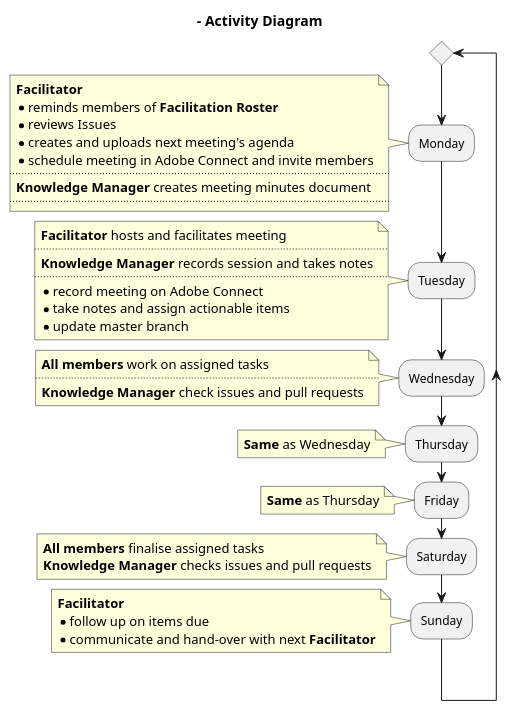
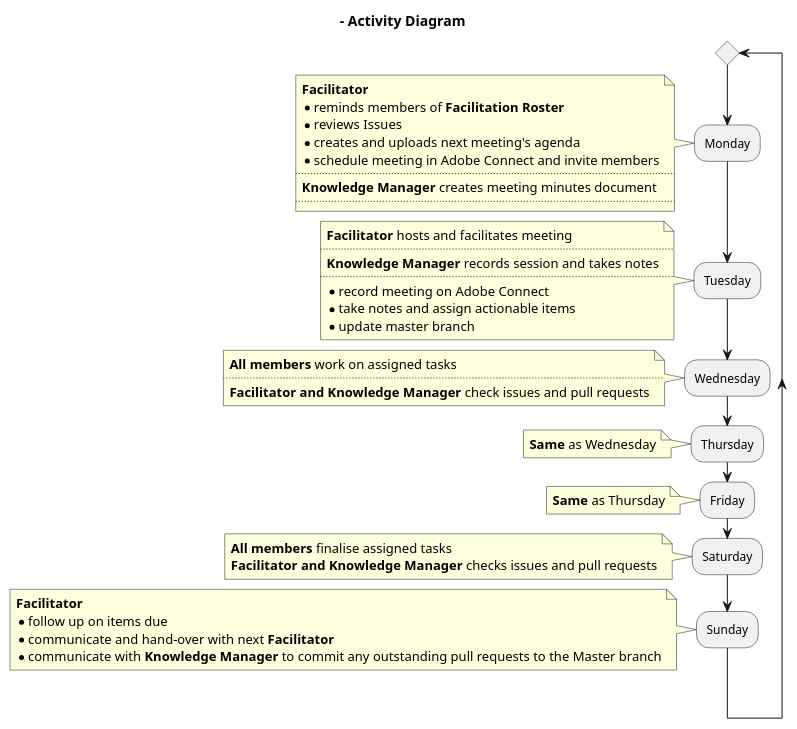
The diagram in Processes.md (ech08ravo/2019C), drawn with PlantUML before and after one commit. The commit also changed other lines of this file, not shown here.

Commit message:
Updated Processes
Updated Knowledge Manager's role in weekly workflow

```diff
--- a/Processes.md
+++ b/Processes.md
@@ -9,62 +9,63 @@
 @startuml
 
 title  - Activity Diagram 
 
 repeat
 
 :Monday;
 note left
   <b>Facilitator</b> 
   *reminds members of <b>Facilitation Roster</b>
   *reviews Issues
   *creates and uploads next meeting's agenda
   *schedule meeting in Adobe Connect and invite members
   ....
   <b>Knowledge Manager</b> creates meeting minutes document
   ....
 end note
 
 :Tuesday;
 note left
   <b>Facilitator</b> hosts and facilitates meeting
   ....
   <b>Knowledge Manager</b> records session and takes notes
   ....
   * record meeting on Adobe Connect
   * take notes and assign actionable items
   * update master branch
 end note
 
 :Wednesday;
 note left
   <b>All members</b> work on assigned tasks
   ....
-  <b>Knowledge Manager</b> check issues and pull requests
+  <b>Facilitator and Knowledge Manager</b> check issues and pull requests
 end note
 
 :Thursday;
 note left
   <b>Same</b> as Wednesday
 end note
 
 :Friday;
 note left
   <b>Same</b> as Thursday
 end note
 
 :Saturday;
 note left
   <b>All members</b> finalise assigned tasks
-  <b>Knowledge Manager</b> checks issues and pull requests
+  <b>Facilitator and Knowledge Manager</b> checks issues and pull requests
 end note
 
 :Sunday;
 note left
   <b>Facilitator</b>
   *follow up on items due
   *communicate and hand-over with next <b>Facilitator</b>
+  *communicate with <b>Knowledge Manager</b> to commit any outstanding pull requests to the Master branch
 end note
 
 repeatwhile
 
 @enduml
```
